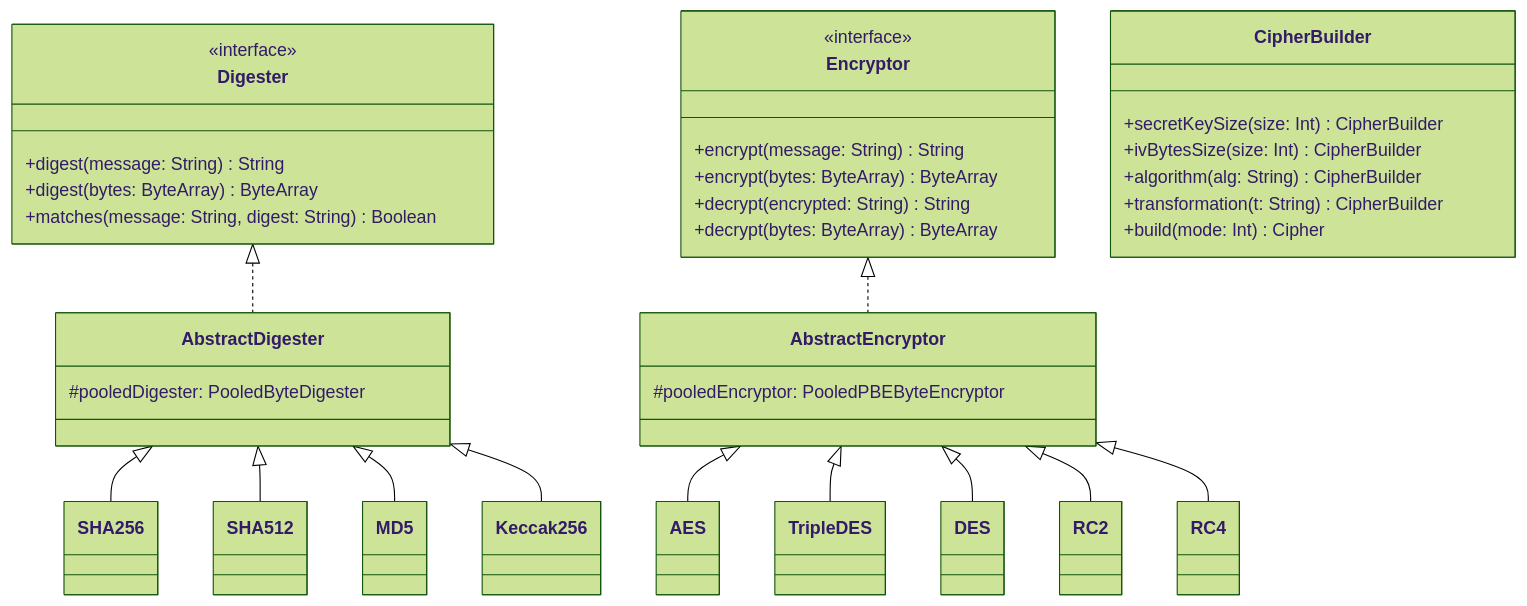
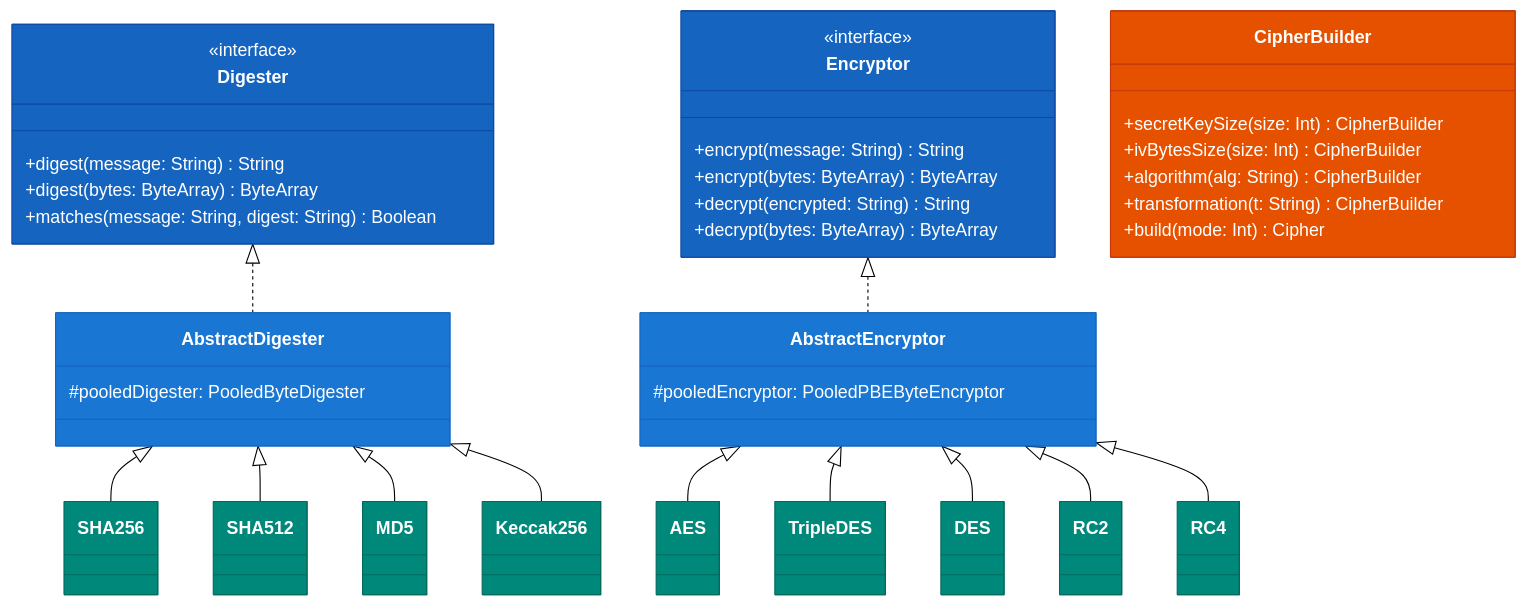
One commit to bluetape4k/bluetape4k-projects changed the first of 2 diagrams in io/crypto/README.md. Above: the diagram before and after it, drawn with Mermaid (forest theme). The commit also changed other lines of this file and 221 other files, not shown here.

First line of the commit message:
docs: 전체 모듈 README UML 다이어그램 보강 및 색상 업그레이드

````diff
--- a/io/crypto/README.md
+++ b/io/crypto/README.md
@@ -139,49 +139,63 @@
 ```mermaid
 classDiagram
     class Digester {
         <<interface>>
         +digest(message: String) String
         +digest(bytes: ByteArray) ByteArray
         +matches(message: String, digest: String) Boolean
     }
 
     class Encryptor {
         <<interface>>
         +encrypt(message: String) String
         +encrypt(bytes: ByteArray) ByteArray
         +decrypt(encrypted: String) String
         +decrypt(bytes: ByteArray) ByteArray
     }
 
     class AbstractDigester {
         #pooledDigester: PooledByteDigester
     }
 
     class AbstractEncryptor {
         #pooledEncryptor: PooledPBEByteEncryptor
     }
 
 
 
     class CipherBuilder {
         +secretKeySize(size: Int) CipherBuilder
         +ivBytesSize(size: Int) CipherBuilder
         +algorithm(alg: String) CipherBuilder
         +transformation(t: String) CipherBuilder
         +build(mode: Int) Cipher
     }
 
     Digester <|.. AbstractDigester
     AbstractDigester <|-- SHA256
     AbstractDigester <|-- SHA512
     AbstractDigester <|-- MD5
     AbstractDigester <|-- Keccak256
 
     Encryptor <|.. AbstractEncryptor
     AbstractEncryptor <|-- AES
     AbstractEncryptor <|-- TripleDES
     AbstractEncryptor <|-- DES
     AbstractEncryptor <|-- RC2
     AbstractEncryptor <|-- RC4
 
+    style Digester fill:#1565C0,stroke:#0D47A1,color:#FFFFFF
+    style Encryptor fill:#1565C0,stroke:#0D47A1,color:#FFFFFF
+    style AbstractDigester fill:#1976D2,stroke:#1565C0,color:#FFFFFF
+    style AbstractEncryptor fill:#1976D2,stroke:#1565C0,color:#FFFFFF
+    style SHA256 fill:#00897B,stroke:#00695C,color:#FFFFFF
+    style SHA512 fill:#00897B,stroke:#00695C,color:#FFFFFF
+    style MD5 fill:#00897B,stroke:#00695C,color:#FFFFFF
+    style Keccak256 fill:#00897B,stroke:#00695C,color:#FFFFFF
+    style AES fill:#00897B,stroke:#00695C,color:#FFFFFF
+    style TripleDES fill:#00897B,stroke:#00695C,color:#FFFFFF
+    style DES fill:#00897B,stroke:#00695C,color:#FFFFFF
+    style RC2 fill:#00897B,stroke:#00695C,color:#FFFFFF
+    style RC4 fill:#00897B,stroke:#00695C,color:#FFFFFF
+    style CipherBuilder fill:#E65100,stroke:#BF360C,color:#FFFFFF
 ```
````
